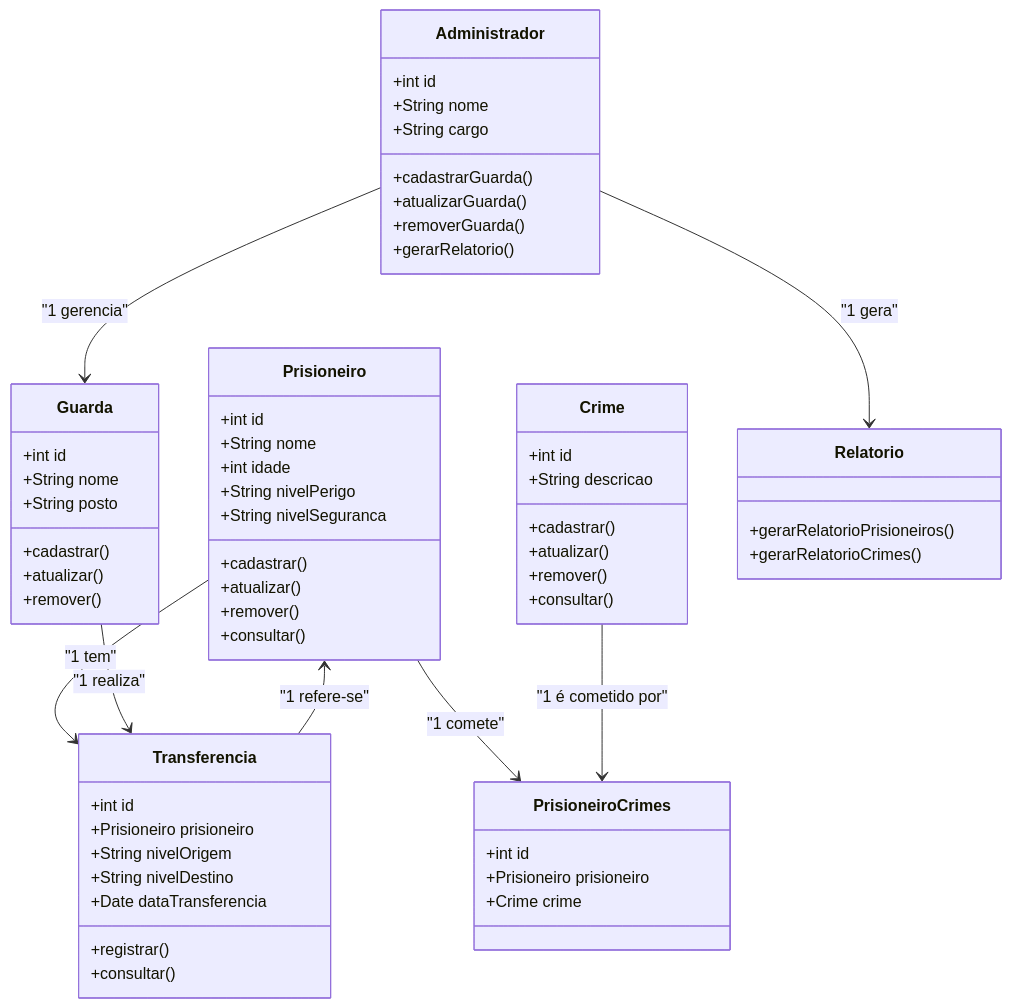
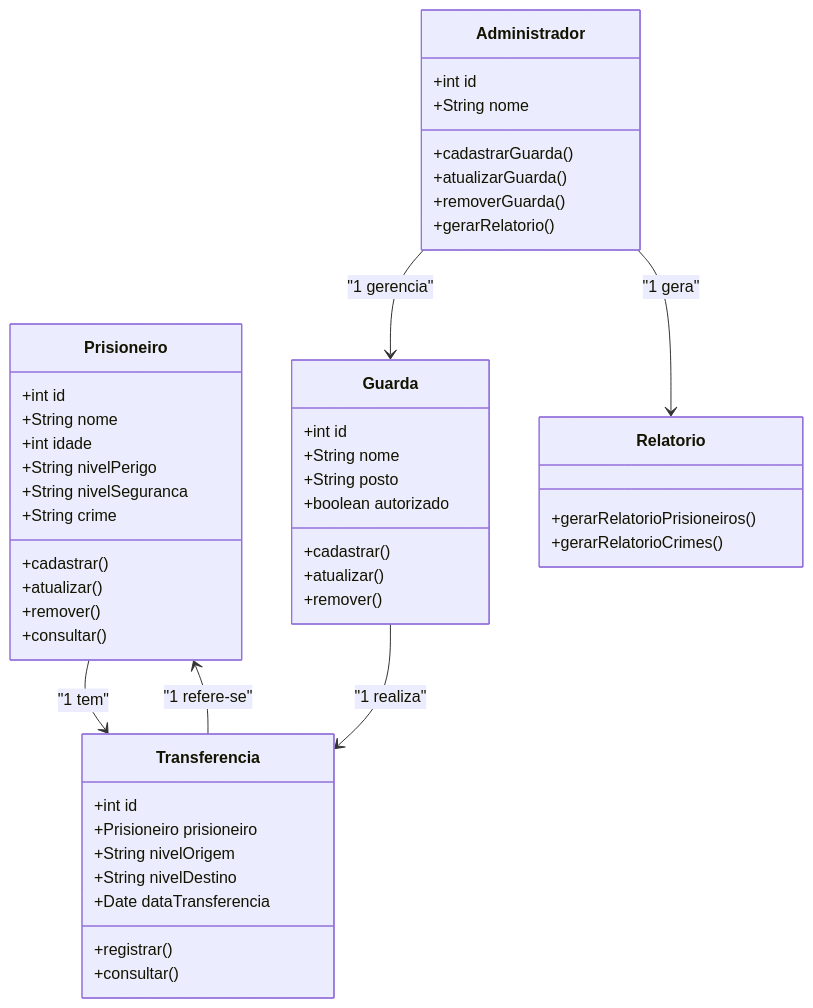
One commit to lgfas/impeldown changed the first of 2 diagrams in README.md. Above: the diagram before and after it, drawn with Mermaid. The commit also changed other lines of this file and 12 other files, not shown here.

Commit message:
implementação do endpoint buscarPrisioneiros(), modificação dos diagramas de classe e entidade, utilização do Lombok

````diff
--- a/README.md
+++ b/README.md
@@ -5,74 +5,56 @@
 ```mermaid
 classDiagram
     class Prisioneiro {
         +int id
         +String nome
         +int idade
         +String nivelPerigo
         +String nivelSeguranca
+        +String crime
         +cadastrar()
         +atualizar()
         +remover()
         +consultar()
     }
 
-    class Crime {
-        +int id
-        +String descricao
-        +cadastrar()
-        +atualizar()
-        +remover()
-        +consultar()
-    }
-
-    class PrisioneiroCrimes {
-        +int id
-        +Prisioneiro prisioneiro
-        +Crime crime
-    }
-
     class Guarda {
         +int id
         +String nome
         +String posto
+        +boolean autorizado
         +cadastrar()
         +atualizar()
         +remover()
     }
 
     class Transferencia {
         +int id
         +Prisioneiro prisioneiro
         +String nivelOrigem
         +String nivelDestino
         +Date dataTransferencia
         +registrar()
         +consultar()
     }
 
     class Relatorio {
         +gerarRelatorioPrisioneiros()
         +gerarRelatorioCrimes()
     }
 
     class Administrador {
         +int id
         +String nome
-        +String cargo
         +cadastrarGuarda()
         +atualizarGuarda()
         +removerGuarda()
         +gerarRelatorio()
     }
 
-    Prisioneiro --> PrisioneiroCrimes : "1 comete"
-    Crime --> PrisioneiroCrimes : "1 é cometido por"
     Prisioneiro --> Transferencia : "1 tem"
     Transferencia --> Prisioneiro : "1 refere-se"
     Guarda --> Transferencia : "1 realiza"
     Administrador --> Guarda : "1 gerencia"
     Administrador --> Relatorio : "1 gera"
 
-
-
 ```
````
